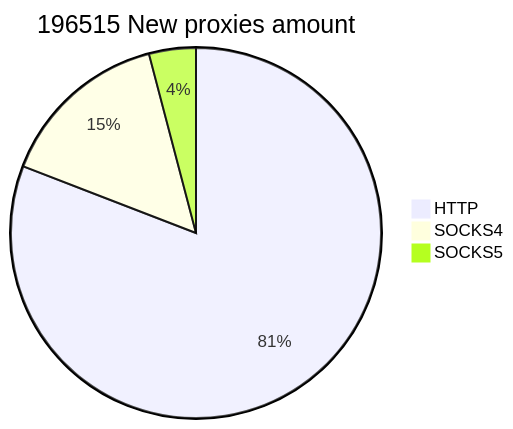
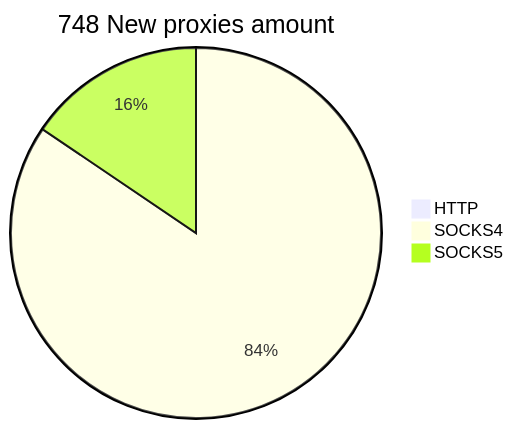
One commit to cutipu/proxylist changed the second of 2 diagrams in README.md. Above: the diagram before and after it, drawn with Mermaid. The commit also changed other lines of this file, not shown here.

````diff
--- a/README.md
+++ b/README.md
@@ -10,6 +10,6 @@
 ```mermaid
-pie title 196515 New proxies amount
-    "HTTP" : 158907
-    "SOCKS4" : 29570
-    "SOCKS5" : 8038
+pie title 748 New proxies amount
+    "HTTP" : 0
+    "SOCKS4" : 723
+    "SOCKS5" : 133
 ```
````
